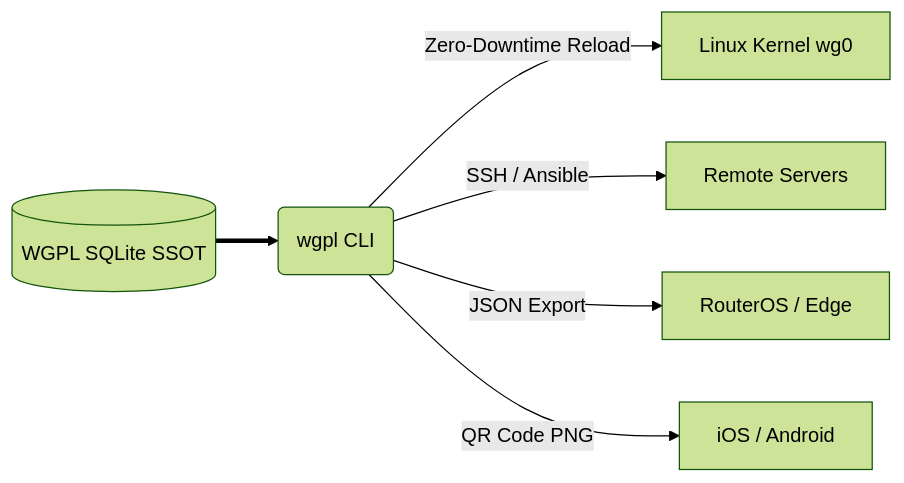
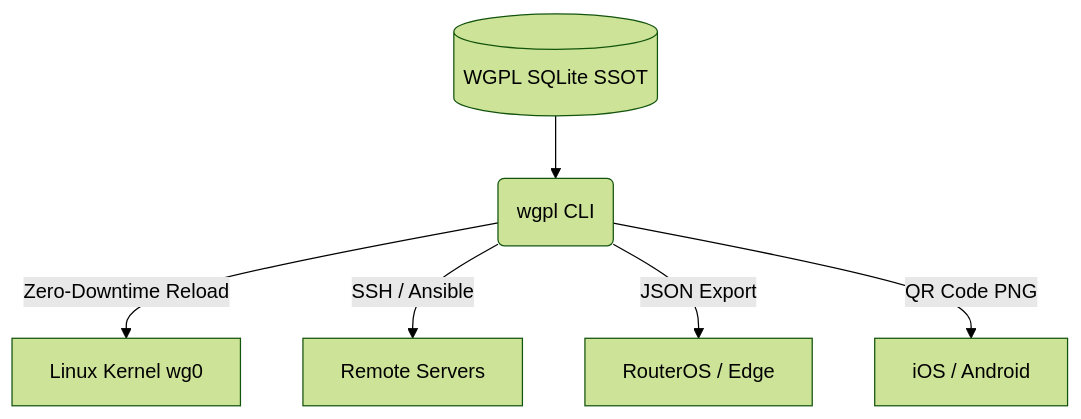
One commit to aleaz/wgpl changed the diagram in README.md. Above: the diagram before and after it, drawn with Mermaid (forest theme). The commit also changed other lines of this file, not shown here.

Commit message:
docs(readme): format notes as blockquotes and revert diagram

````diff
--- a/README.md
+++ b/README.md
@@ -89,9 +89,8 @@
 ```mermaid
-flowchart LR
-    DB[(WGPL SQLite SSOT)] ==> CLI(wgpl CLI)
-
+graph TD
+    DB[(WGPL SQLite SSOT)] --> CLI(wgpl CLI)
     CLI -->|Zero-Downtime Reload| Linux[Linux Kernel wg0]
     CLI -->|SSH / Ansible| Remote[Remote Servers]
     CLI -->|JSON Export| Router[RouterOS / Edge]
     CLI -->|QR Code PNG| Mobile[iOS / Android]
 ```
````
